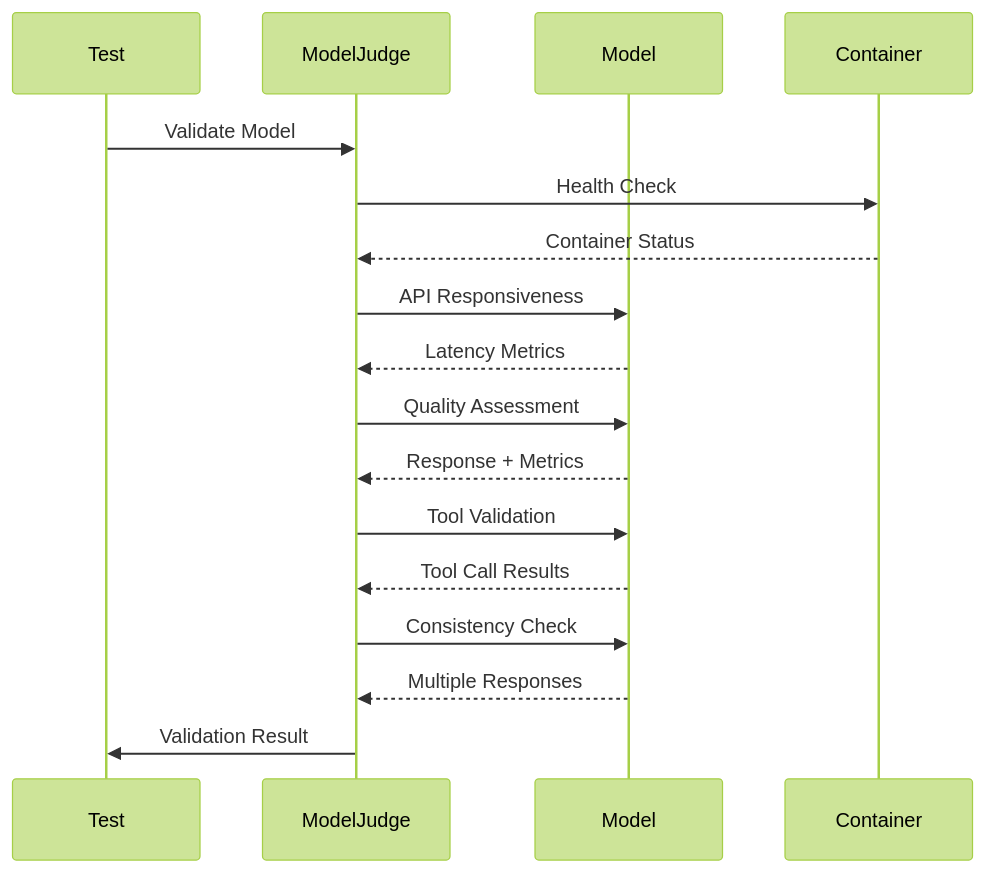
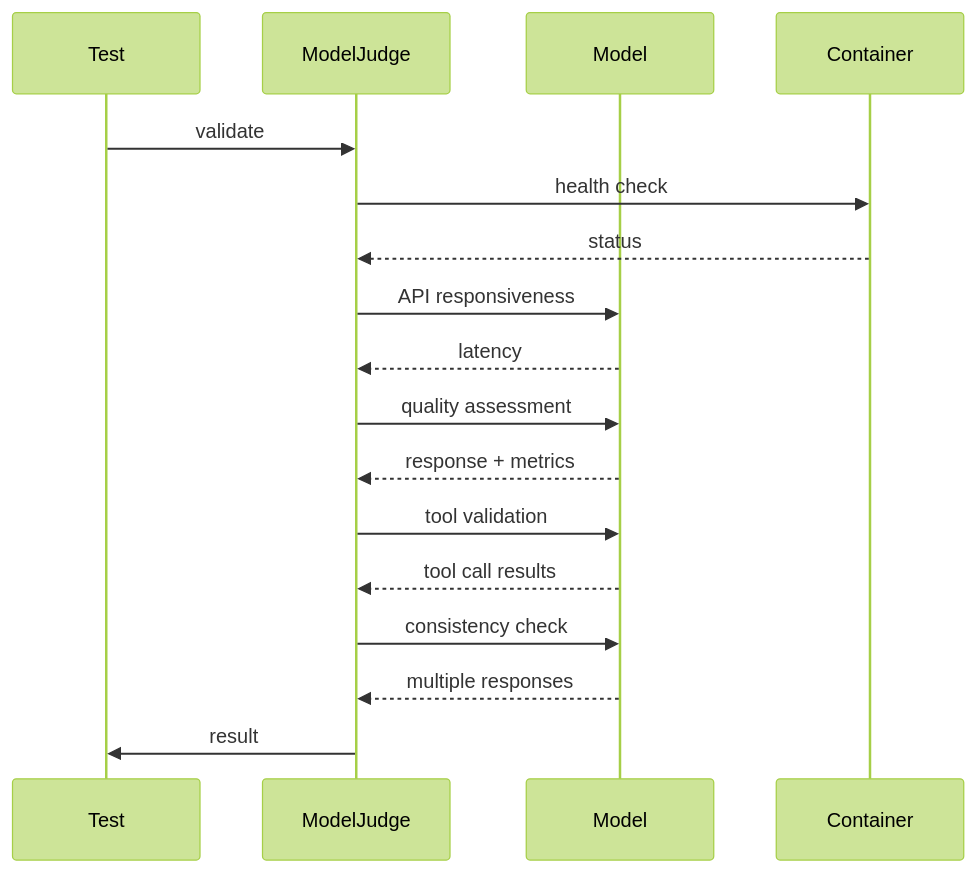
One commit to DominicBurkart/nanna-coder changed the third of 3 diagrams in docs/poc-system-overview.md. Above: the diagram before and after it, drawn with Mermaid (forest theme). The commit also changed other lines of this file, not shown here.

````diff
--- a/docs/poc-system-overview.md
+++ b/docs/poc-system-overview.md
@@ -379,20 +175,20 @@
 ```mermaid
 sequenceDiagram
     participant T as Test
     participant MJ as ModelJudge
     participant M as Model
     participant C as Container
 
-    T->>MJ: Validate Model
-    MJ->>C: Health Check
-    C-->>MJ: Container Status
-    MJ->>M: API Responsiveness
-    M-->>MJ: Latency Metrics
-    MJ->>M: Quality Assessment
-    M-->>MJ: Response + Metrics
-    MJ->>M: Tool Validation
-    M-->>MJ: Tool Call Results
-    MJ->>M: Consistency Check
-    M-->>MJ: Multiple Responses
-    MJ->>T: Validation Result
+    T->>MJ: validate
+    MJ->>C: health check
+    C-->>MJ: status
+    MJ->>M: API responsiveness
+    M-->>MJ: latency
+    MJ->>M: quality assessment
+    M-->>MJ: response + metrics
+    MJ->>M: tool validation
+    M-->>MJ: tool call results
+    MJ->>M: consistency check
+    M-->>MJ: multiple responses
+    MJ->>T: result
 ```
````
